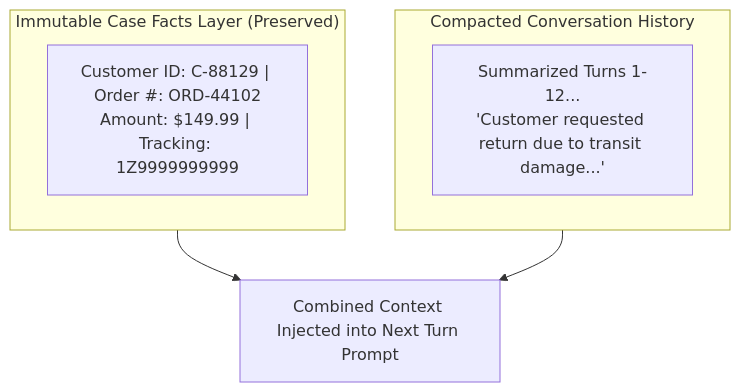
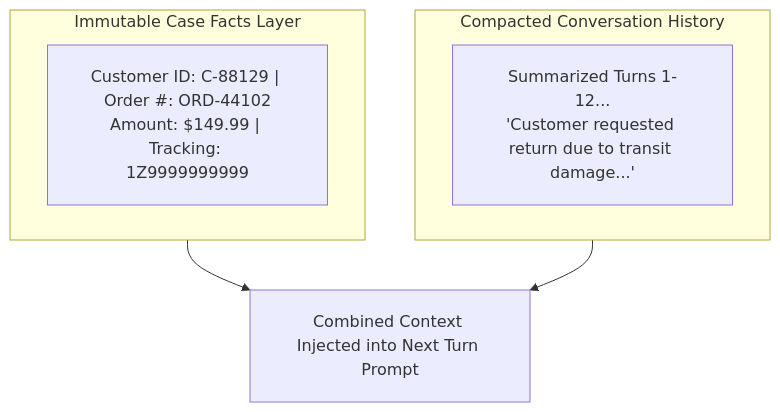
One commit to dip4k/claude_cert_architect_foundation_prep changed the fifth of 6 diagrams in EXAM_REFRESHER.md. Above: the diagram before and after it, drawn with Mermaid. The commit also changed other lines of this file and 31 other files, not shown here.

First line of the commit message:
docs(diagrams): fix text trimming, padding, and layout in all mermaid diagrams

````diff
--- a/EXAM_REFRESHER.md
+++ b/EXAM_REFRESHER.md
@@ -235,11 +238,12 @@
 ```mermaid
+%%{init: {"flowchart": {"htmlLabels": true, "padding": 20}}}%%
 flowchart TD
-    subgraph Facts["Immutable Case Facts Layer (Preserved)"]
+    subgraph Facts["Immutable Case Facts Layer"]
         CF["Customer ID: C-88129 | Order #: ORD-44102<br/>Amount: $149.99 | Tracking: 1Z9999999999"]
     end
     subgraph History["Compacted Conversation History"]
         CH["Summarized Turns 1-12...<br/>'Customer requested return due to transit damage...'"]
     end
     Facts --> Context["Combined Context Injected into Next Turn Prompt"]
     History --> Context
 ```
````
